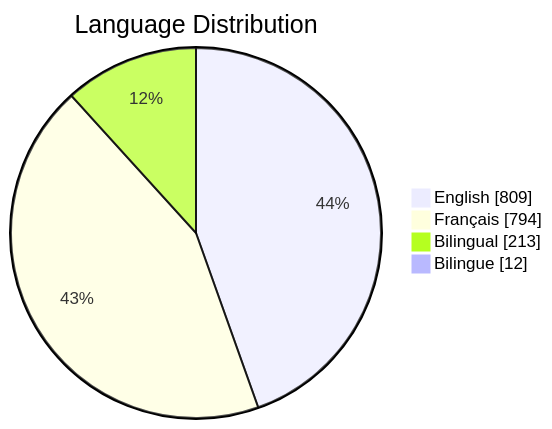
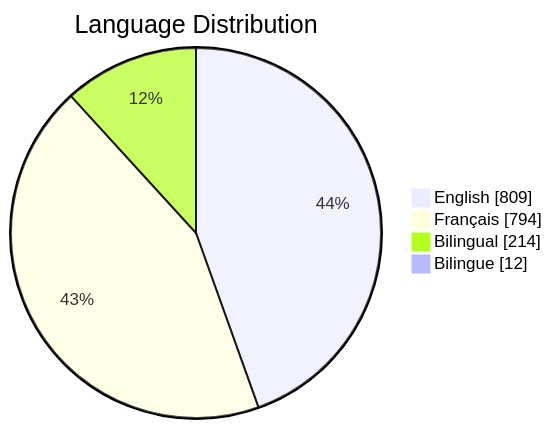
The third of 6 diagrams in README.md (PatLittle/GC-Socials), drawn with Mermaid before and after one commit. The commit also changed other lines of this file, not shown here.

Commit message:
Update README with Platform Distribution pie chart

````diff
--- a/README.md
+++ b/README.md
@@ -65,7 +65,7 @@
 ```mermaid
 pie showData title Language Distribution
     "English": 809
     "Français": 794
-    "Bilingual": 213
+    "Bilingual": 214
     "Bilingue": 12
 ```
````
